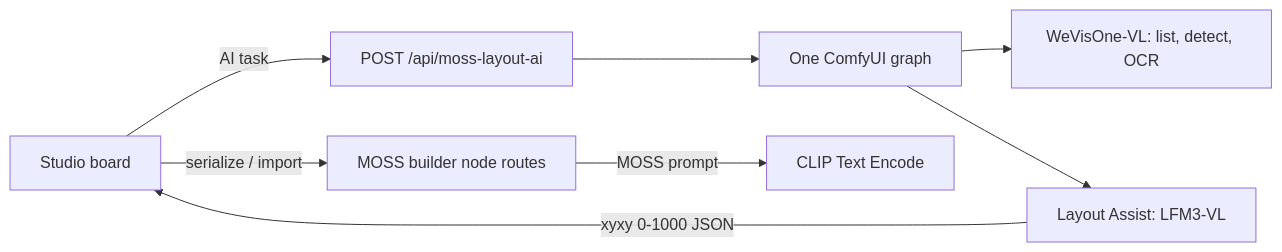
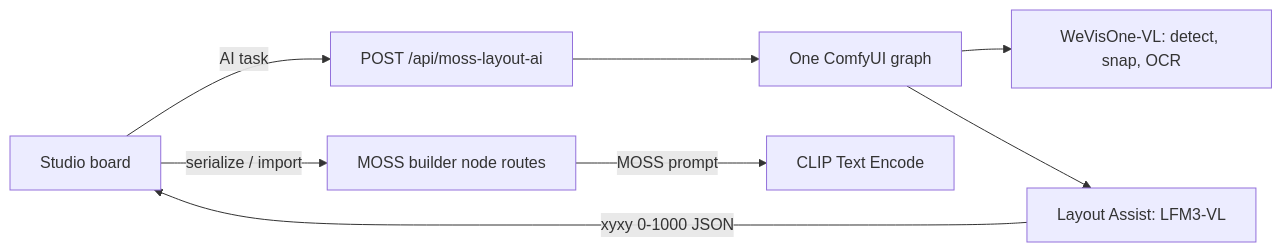
The diagram in docs/moss-layout-pipeline.md (NidAll/ComfyUI-PromptStyler-Next), drawn with Mermaid before and after one commit. The commit also changed other lines of this file and 14 other files, not shown here.

````diff
--- a/docs/moss-layout-pipeline.md
+++ b/docs/moss-layout-pipeline.md
@@ -17,10 +18,10 @@
 ```mermaid
 flowchart LR
   Board[Studio board] -->|serialize / import| Node[MOSS builder node routes]
   Board -->|AI task| Route[POST /api/moss-layout-ai]
   Route --> Graph[One ComfyUI graph]
-  Graph --> W[WeVisOne-VL: list, detect, OCR]
+  Graph --> W[WeVisOne-VL: detect, snap, OCR]
   Graph --> L[Layout Assist: LFM3-VL]
   L -->|xyxy 0-1000 JSON| Board
   Node -->|MOSS prompt| Encode[CLIP Text Encode]
 ```
````
